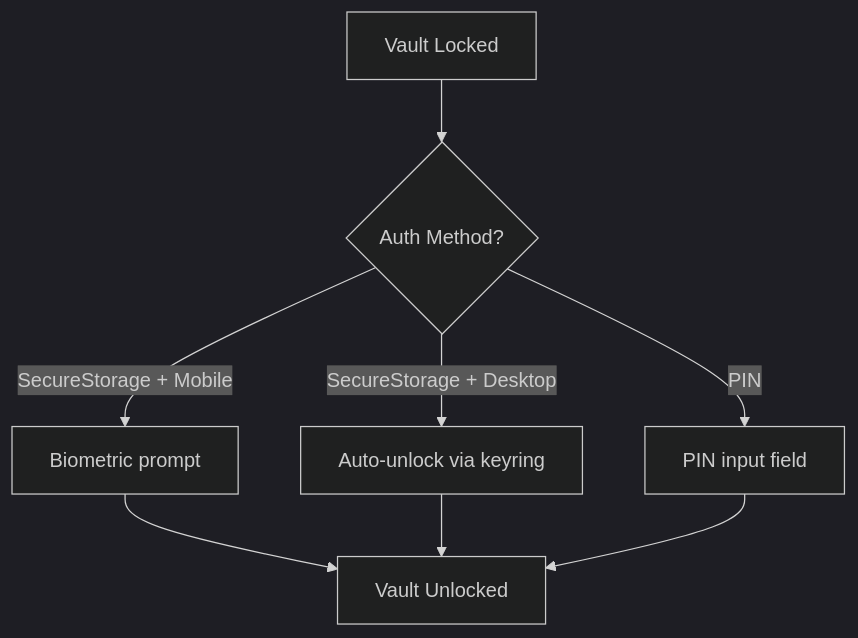
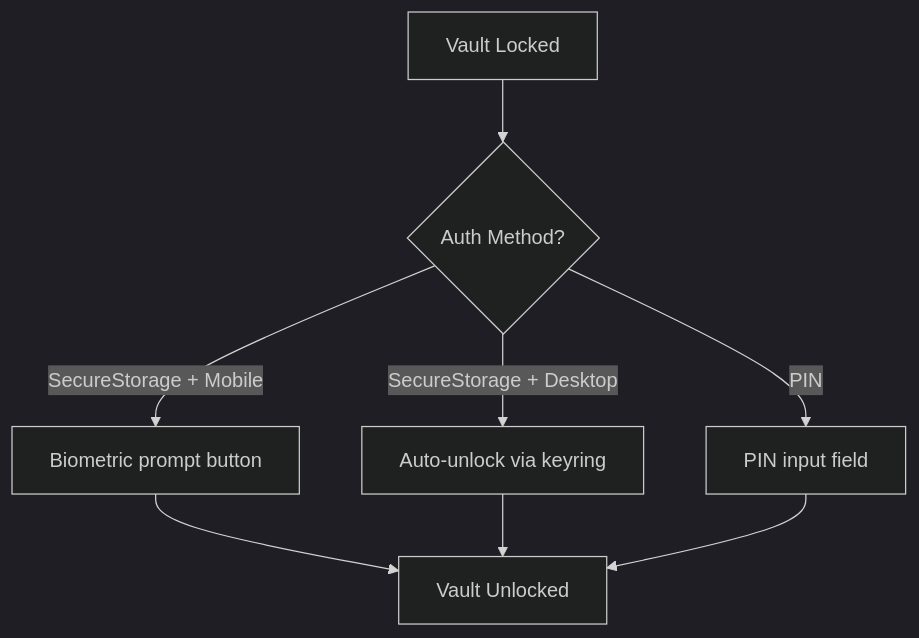
One commit to decentpaste/decentpaste changed the third of 3 diagrams in docs/hw-security/plan.md. Above: the diagram before and after it, drawn with Mermaid (dark theme). The commit also changed other lines of this file and 1 other file, not shown here.

````diff
--- a/docs/hw-security/plan.md
+++ b/docs/hw-security/plan.md
@@ -392,12 +404,12 @@
 ```mermaid
 flowchart TD
     Locked[Vault Locked] --> CheckAuth{Auth Method?}
 
-    CheckAuth -->|SecureStorage + Mobile| Bio[Biometric prompt]
+    CheckAuth -->|SecureStorage + Mobile| Bio[Biometric prompt button]
     CheckAuth -->|SecureStorage + Desktop| Auto[Auto-unlock via keyring]
     CheckAuth -->|PIN| PINInput[PIN input field]
 
     Bio --> Unlocked[Vault Unlocked]
     Auto --> Unlocked
     PINInput --> Unlocked
 ```
````
